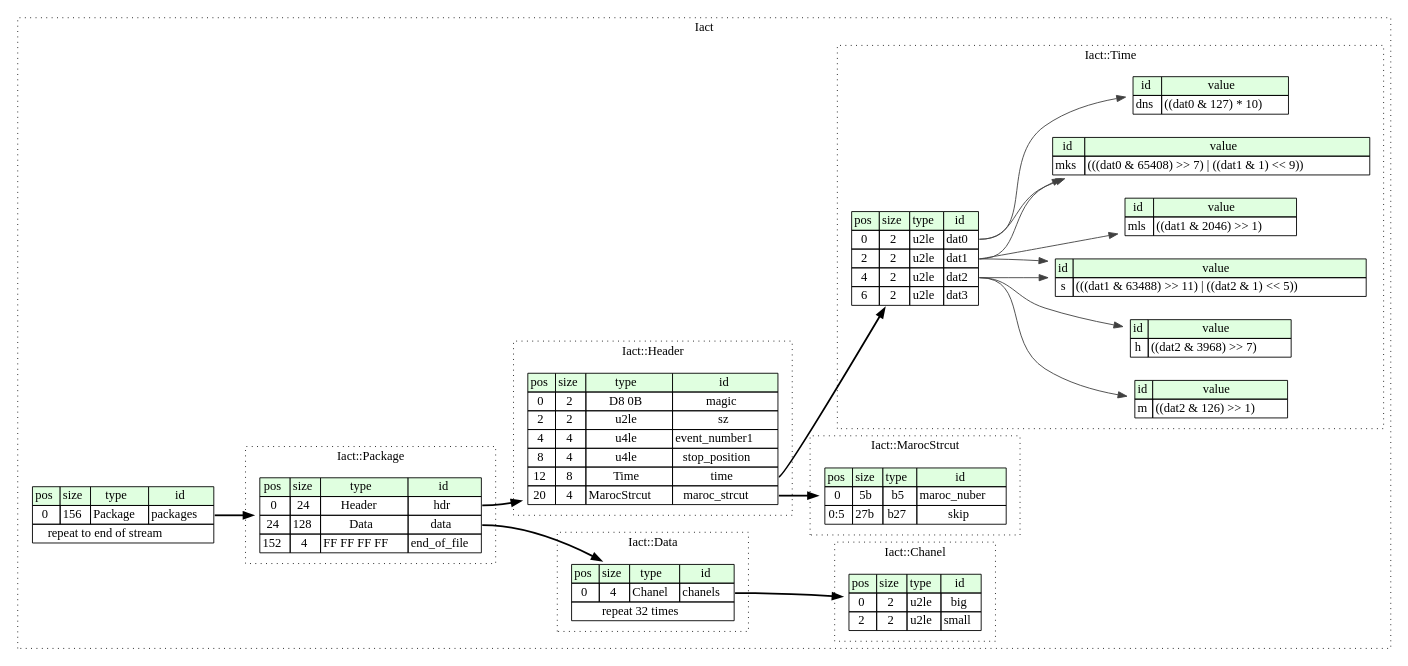
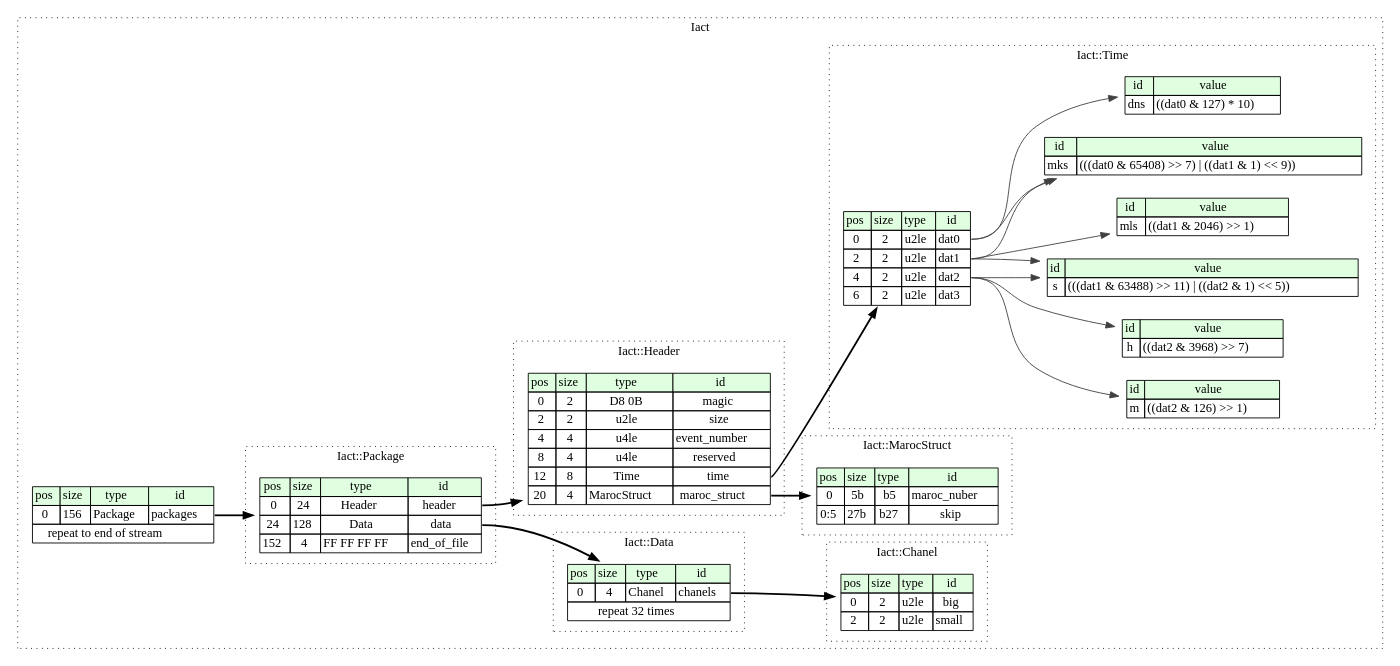
The diagram in src/iact/graphviz/iact.dot (sunveil/dataformats), drawn with Graphviz before and after one commit. The commit also changed 14 other files, not shown here.

```diff
--- a/src/iact/graphviz/iact.dot
+++ b/src/iact/graphviz/iact.dot
@@ -1,119 +1,119 @@
 digraph {
 	rankdir=LR;
 	node [shape=plaintext];
 	subgraph cluster__iact {
 		label="Iact";
 		graph[style=dotted];
 
 		iact__seq [label=<<TABLE BORDER="0" CELLBORDER="1" CELLSPACING="0">
 			<TR><TD BGCOLOR="#E0FFE0">pos</TD><TD BGCOLOR="#E0FFE0">size</TD><TD BGCOLOR="#E0FFE0">type</TD><TD BGCOLOR="#E0FFE0">id</TD></TR>
 			<TR><TD PORT="packages_pos">0</TD><TD PORT="packages_size">156</TD><TD>Package</TD><TD PORT="packages_type">packages</TD></TR>
 			<TR><TD COLSPAN="4" PORT="packages__repeat">repeat to end of stream</TD></TR>
 		</TABLE>>];
 		subgraph cluster__package {
 			label="Iact::Package";
 			graph[style=dotted];
 
 			package__seq [label=<<TABLE BORDER="0" CELLBORDER="1" CELLSPACING="0">
 				<TR><TD BGCOLOR="#E0FFE0">pos</TD><TD BGCOLOR="#E0FFE0">size</TD><TD BGCOLOR="#E0FFE0">type</TD><TD BGCOLOR="#E0FFE0">id</TD></TR>
-				<TR><TD PORT="hdr_pos">0</TD><TD PORT="hdr_size">24</TD><TD>Header</TD><TD PORT="hdr_type">hdr</TD></TR>
+				<TR><TD PORT="header_pos">0</TD><TD PORT="header_size">24</TD><TD>Header</TD><TD PORT="header_type">header</TD></TR>
 				<TR><TD PORT="data_pos">24</TD><TD PORT="data_size">128</TD><TD>Data</TD><TD PORT="data_type">data</TD></TR>
 				<TR><TD PORT="end_of_file_pos">152</TD><TD PORT="end_of_file_size">4</TD><TD>FF FF FF FF</TD><TD PORT="end_of_file_type">end_of_file</TD></TR>
 			</TABLE>>];
 		}
 		subgraph cluster__data {
 			label="Iact::Data";
 			graph[style=dotted];
 
 			data__seq [label=<<TABLE BORDER="0" CELLBORDER="1" CELLSPACING="0">
 				<TR><TD BGCOLOR="#E0FFE0">pos</TD><TD BGCOLOR="#E0FFE0">size</TD><TD BGCOLOR="#E0FFE0">type</TD><TD BGCOLOR="#E0FFE0">id</TD></TR>
 				<TR><TD PORT="chanels_pos">0</TD><TD PORT="chanels_size">4</TD><TD>Chanel</TD><TD PORT="chanels_type">chanels</TD></TR>
 				<TR><TD COLSPAN="4" PORT="chanels__repeat">repeat 32 times</TD></TR>
 			</TABLE>>];
 		}
 		subgraph cluster__chanel {
 			label="Iact::Chanel";
 			graph[style=dotted];
 
 			chanel__seq [label=<<TABLE BORDER="0" CELLBORDER="1" CELLSPACING="0">
 				<TR><TD BGCOLOR="#E0FFE0">pos</TD><TD BGCOLOR="#E0FFE0">size</TD><TD BGCOLOR="#E0FFE0">type</TD><TD BGCOLOR="#E0FFE0">id</TD></TR>
 				<TR><TD PORT="big_pos">0</TD><TD PORT="big_size">2</TD><TD>u2le</TD><TD PORT="big_type">big</TD></TR>
 				<TR><TD PORT="small_pos">2</TD><TD PORT="small_size">2</TD><TD>u2le</TD><TD PORT="small_type">small</TD></TR>
 			</TABLE>>];
 		}
+		subgraph cluster__maroc_struct {
+			label="Iact::MarocStruct";
+			graph[style=dotted];
+
+			maroc_struct__seq [label=<<TABLE BORDER="0" CELLBORDER="1" CELLSPACING="0">
+				<TR><TD BGCOLOR="#E0FFE0">pos</TD><TD BGCOLOR="#E0FFE0">size</TD><TD BGCOLOR="#E0FFE0">type</TD><TD BGCOLOR="#E0FFE0">id</TD></TR>
+				<TR><TD PORT="maroc_nuber_pos">0</TD><TD PORT="maroc_nuber_size">5b</TD><TD>b5</TD><TD PORT="maroc_nuber_type">maroc_nuber</TD></TR>
+				<TR><TD PORT="skip_pos">0:5</TD><TD PORT="skip_size">27b</TD><TD>b27</TD><TD PORT="skip_type">skip</TD></TR>
+			</TABLE>>];
+		}
 		subgraph cluster__header {
 			label="Iact::Header";
 			graph[style=dotted];
 
 			header__seq [label=<<TABLE BORDER="0" CELLBORDER="1" CELLSPACING="0">
 				<TR><TD BGCOLOR="#E0FFE0">pos</TD><TD BGCOLOR="#E0FFE0">size</TD><TD BGCOLOR="#E0FFE0">type</TD><TD BGCOLOR="#E0FFE0">id</TD></TR>
 				<TR><TD PORT="magic_pos">0</TD><TD PORT="magic_size">2</TD><TD>D8 0B</TD><TD PORT="magic_type">magic</TD></TR>
-				<TR><TD PORT="sz_pos">2</TD><TD PORT="sz_size">2</TD><TD>u2le</TD><TD PORT="sz_type">sz</TD></TR>
-				<TR><TD PORT="event_number1_pos">4</TD><TD PORT="event_number1_size">4</TD><TD>u4le</TD><TD PORT="event_number1_type">event_number1</TD></TR>
-				<TR><TD PORT="stop_position_pos">8</TD><TD PORT="stop_position_size">4</TD><TD>u4le</TD><TD PORT="stop_position_type">stop_position</TD></TR>
+				<TR><TD PORT="size_pos">2</TD><TD PORT="size_size">2</TD><TD>u2le</TD><TD PORT="size_type">size</TD></TR>
+				<TR><TD PORT="event_number_pos">4</TD><TD PORT="event_number_size">4</TD><TD>u4le</TD><TD PORT="event_number_type">event_number</TD></TR>
+				<TR><TD PORT="reserved_pos">8</TD><TD PORT="reserved_size">4</TD><TD>u4le</TD><TD PORT="reserved_type">reserved</TD></TR>
 				<TR><TD PORT="time_pos">12</TD><TD PORT="time_size">8</TD><TD>Time</TD><TD PORT="time_type">time</TD></TR>
-				<TR><TD PORT="maroc_strcut_pos">20</TD><TD PORT="maroc_strcut_size">4</TD><TD>MarocStrcut</TD><TD PORT="maroc_strcut_type">maroc_strcut</TD></TR>
-			</TABLE>>];
-		}
-		subgraph cluster__maroc_strcut {
-			label="Iact::MarocStrcut";
-			graph[style=dotted];
-
-			maroc_strcut__seq [label=<<TABLE BORDER="0" CELLBORDER="1" CELLSPACING="0">
-				<TR><TD BGCOLOR="#E0FFE0">pos</TD><TD BGCOLOR="#E0FFE0">size</TD><TD BGCOLOR="#E0FFE0">type</TD><TD BGCOLOR="#E0FFE0">id</TD></TR>
-				<TR><TD PORT="maroc_nuber_pos">0</TD><TD PORT="maroc_nuber_size">5b</TD><TD>b5</TD><TD PORT="maroc_nuber_type">maroc_nuber</TD></TR>
-				<TR><TD PORT="skip_pos">0:5</TD><TD PORT="skip_size">27b</TD><TD>b27</TD><TD PORT="skip_type">skip</TD></TR>
+				<TR><TD PORT="maroc_struct_pos">20</TD><TD PORT="maroc_struct_size">4</TD><TD>MarocStruct</TD><TD PORT="maroc_struct_type">maroc_struct</TD></TR>
 			</TABLE>>];
 		}
 		subgraph cluster__time {
 			label="Iact::Time";
 			graph[style=dotted];
 
 			time__seq [label=<<TABLE BORDER="0" CELLBORDER="1" CELLSPACING="0">
 				<TR><TD BGCOLOR="#E0FFE0">pos</TD><TD BGCOLOR="#E0FFE0">size</TD><TD BGCOLOR="#E0FFE0">type</TD><TD BGCOLOR="#E0FFE0">id</TD></TR>
 				<TR><TD PORT="dat0_pos">0</TD><TD PORT="dat0_size">2</TD><TD>u2le</TD><TD PORT="dat0_type">dat0</TD></TR>
 				<TR><TD PORT="dat1_pos">2</TD><TD PORT="dat1_size">2</TD><TD>u2le</TD><TD PORT="dat1_type">dat1</TD></TR>
 				<TR><TD PORT="dat2_pos">4</TD><TD PORT="dat2_size">2</TD><TD>u2le</TD><TD PORT="dat2_type">dat2</TD></TR>
 				<TR><TD PORT="dat3_pos">6</TD><TD PORT="dat3_size">2</TD><TD>u2le</TD><TD PORT="dat3_type">dat3</TD></TR>
 			</TABLE>>];
 			time__inst__mls [label=<<TABLE BORDER="0" CELLBORDER="1" CELLSPACING="0">
 				<TR><TD BGCOLOR="#E0FFE0">id</TD><TD BGCOLOR="#E0FFE0">value</TD></TR>
 				<TR><TD>mls</TD><TD>((dat1 &amp; 2046) &gt;&gt; 1)</TD></TR>
 			</TABLE>>];
 			time__inst__dns [label=<<TABLE BORDER="0" CELLBORDER="1" CELLSPACING="0">
 				<TR><TD BGCOLOR="#E0FFE0">id</TD><TD BGCOLOR="#E0FFE0">value</TD></TR>
 				<TR><TD>dns</TD><TD>((dat0 &amp; 127) * 10)</TD></TR>
 			</TABLE>>];
 			time__inst__s [label=<<TABLE BORDER="0" CELLBORDER="1" CELLSPACING="0">
 				<TR><TD BGCOLOR="#E0FFE0">id</TD><TD BGCOLOR="#E0FFE0">value</TD></TR>
 				<TR><TD>s</TD><TD>(((dat1 &amp; 63488) &gt;&gt; 11) | ((dat2 &amp; 1) &lt;&lt; 5))</TD></TR>
 			</TABLE>>];
 			time__inst__h [label=<<TABLE BORDER="0" CELLBORDER="1" CELLSPACING="0">
 				<TR><TD BGCOLOR="#E0FFE0">id</TD><TD BGCOLOR="#E0FFE0">value</TD></TR>
 				<TR><TD>h</TD><TD>((dat2 &amp; 3968) &gt;&gt; 7)</TD></TR>
 			</TABLE>>];
 			time__inst__m [label=<<TABLE BORDER="0" CELLBORDER="1" CELLSPACING="0">
 				<TR><TD BGCOLOR="#E0FFE0">id</TD><TD BGCOLOR="#E0FFE0">value</TD></TR>
 				<TR><TD>m</TD><TD>((dat2 &amp; 126) &gt;&gt; 1)</TD></TR>
 			</TABLE>>];
 			time__inst__mks [label=<<TABLE BORDER="0" CELLBORDER="1" CELLSPACING="0">
 				<TR><TD BGCOLOR="#E0FFE0">id</TD><TD BGCOLOR="#E0FFE0">value</TD></TR>
 				<TR><TD>mks</TD><TD>(((dat0 &amp; 65408) &gt;&gt; 7) | ((dat1 &amp; 1) &lt;&lt; 9))</TD></TR>
 			</TABLE>>];
 		}
 	}
 	iact__seq:packages_type -> package__seq [style=bold];
-	package__seq:hdr_type -> header__seq [style=bold];
+	package__seq:header_type -> header__seq [style=bold];
 	package__seq:data_type -> data__seq [style=bold];
 	data__seq:chanels_type -> chanel__seq [style=bold];
 	header__seq:time_type -> time__seq [style=bold];
-	header__seq:maroc_strcut_type -> maroc_strcut__seq [style=bold];
+	header__seq:maroc_struct_type -> maroc_struct__seq [style=bold];
 	time__seq:dat1_type -> time__inst__mls [color="#404040"];
 	time__seq:dat0_type -> time__inst__dns [color="#404040"];
 	time__seq:dat1_type -> time__inst__s [color="#404040"];
 	time__seq:dat2_type -> time__inst__s [color="#404040"];
 	time__seq:dat2_type -> time__inst__h [color="#404040"];
 	time__seq:dat2_type -> time__inst__m [color="#404040"];
 	time__seq:dat0_type -> time__inst__mks [color="#404040"];
 	time__seq:dat1_type -> time__inst__mks [color="#404040"];
 }
```
